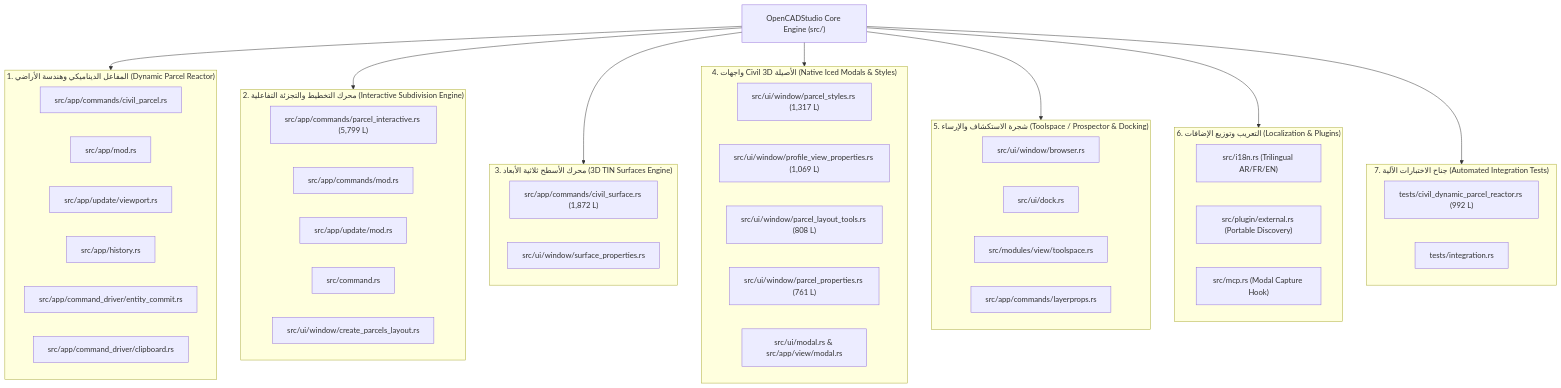
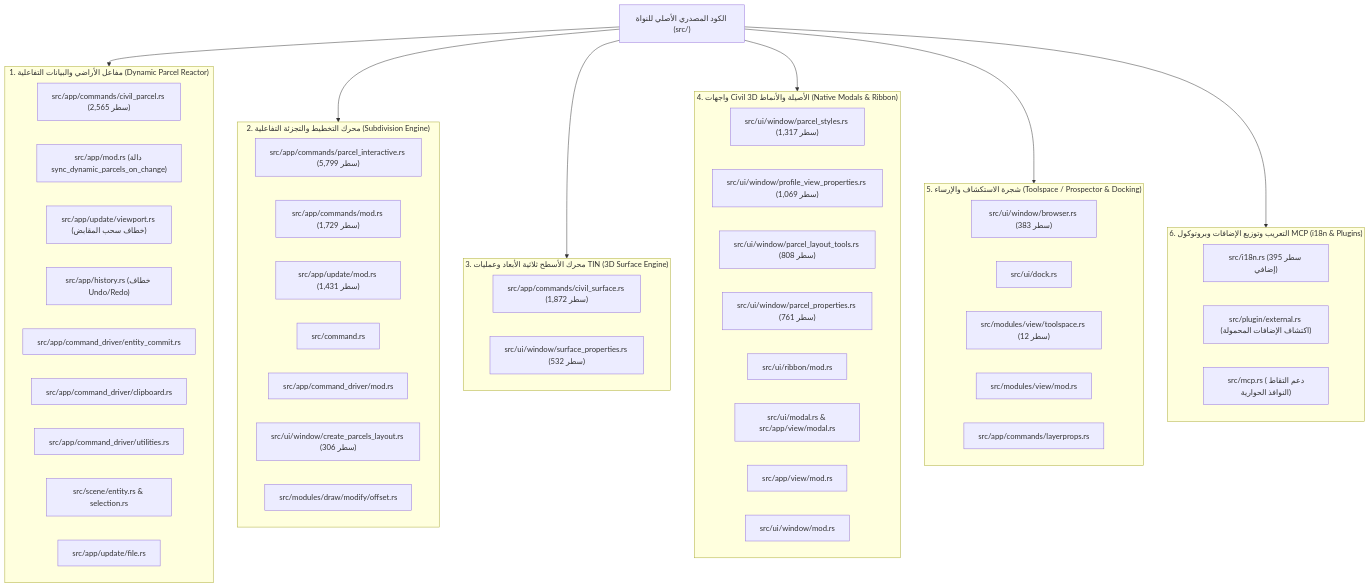
One commit to saadmooh/OpenCADStudio changed the diagram in Civil3D_Core_Modifications/CIVIL3D_CORE_MODIFICATIONS_UNIFIED.md. Above: the diagram before and after it, drawn with Mermaid. The commit also changed other lines of this file and 1 other file, not shown here.

Commit message:
docs(civil3d): focus core modifications documentation exclusively on source code src/ (36 files)

````diff
--- a/Civil3D_Core_Modifications/CIVIL3D_CORE_MODIFICATIONS_UNIFIED.md
+++ b/Civil3D_Core_Modifications/CIVIL3D_CORE_MODIFICATIONS_UNIFIED.md
@@ -73,60 +68,63 @@
 ```mermaid
 graph TD
-    Core["OpenCADStudio Core Engine (src/)"]
+    Src["الكود المصدري الأصلي للنواة (src/)"]
 
-    subgraph S1["1. المفاعل الديناميكي وهندسة الأراضي (Dynamic Parcel Reactor)"]
-        CP["src/app/commands/civil_parcel.rs"]
-        AM["src/app/mod.rs"]
-        VP["src/app/update/viewport.rs"]
-        HI["src/app/history.rs"]
+    subgraph S1["1. مفاعل الأراضي والبيانات التفاعلية (Dynamic Parcel Reactor)"]
+        CP["src/app/commands/civil_parcel.rs (2,565 سطر)"]
+        AM["src/app/mod.rs (دالة sync_dynamic_parcels_on_change)"]
+        VP["src/app/update/viewport.rs (خطاف سحب المقابض)"]
+        HI["src/app/history.rs (خطاف Undo/Redo)"]
         EC["src/app/command_driver/entity_commit.rs"]
         CB["src/app/command_driver/clipboard.rs"]
+        CU["src/app/command_driver/utilities.rs"]
+        SE["src/scene/entity.rs & selection.rs"]
+        UF["src/app/update/file.rs"]
     end
 
-    subgraph S2["2. محرك التخطيط والتجزئة التفاعلية (Interactive Subdivision Engine)"]
-        PI["src/app/commands/parcel_interactive.rs (5,799 L)"]
-        AC["src/app/commands/mod.rs"]
-        UM["src/app/update/mod.rs"]
+    subgraph S2["2. محرك التخطيط والتجزئة التفاعلية (Subdivision Engine)"]
+        PI["src/app/commands/parcel_interactive.rs (5,799 سطر)"]
+        ACM["src/app/commands/mod.rs (1,729 سطر)"]
+        UPM["src/app/update/mod.rs (1,431 سطر)"]
         CMD["src/command.rs"]
-        CPL["src/ui/window/create_parcels_layout.rs"]
+        CDM["src/app/command_driver/mod.rs"]
+        CPL["src/ui/window/create_parcels_layout.rs (306 سطر)"]
+        OFF["src/modules/draw/modify/offset.rs"]
     end
 
-    subgraph S3["3. محرك الأسطح ثلاثية الأبعاد (3D TIN Surfaces Engine)"]
-        CS["src/app/commands/civil_surface.rs (1,872 L)"]
-        SP["src/ui/window/surface_properties.rs"]
+    subgraph S3["3. محرك الأسطح ثلاثية الأبعاد وعمليات TIN (3D Surface Engine)"]
+        CS["src/app/commands/civil_surface.rs (1,872 سطر)"]
+        SP["src/ui/window/surface_properties.rs (532 سطر)"]
     end
 
-    subgraph S4["4. واجهات Civil 3D الأصيلة (Native Iced Modals & Styles)"]
-        PST["src/ui/window/parcel_styles.rs (1,317 L)"]
-        PVP["src/ui/window/profile_view_properties.rs (1,069 L)"]
-        PLT["src/ui/window/parcel_layout_tools.rs (808 L)"]
-        PP["src/ui/window/parcel_properties.rs (761 L)"]
-        MD["src/ui/modal.rs & src/app/view/modal.rs"]
+    subgraph S4["4. واجهات Civil 3D الأصيلة والأنماط (Native Modals & Ribbon)"]
+        PST["src/ui/window/parcel_styles.rs (1,317 سطر)"]
+        PVP["src/ui/window/profile_view_properties.rs (1,069 سطر)"]
+        PLT["src/ui/window/parcel_layout_tools.rs (808 سطر)"]
+        PP["src/ui/window/parcel_properties.rs (761 سطر)"]
+        URB["src/ui/ribbon/mod.rs"]
+        UMD["src/ui/modal.rs & src/app/view/modal.rs"]
+        AVM["src/app/view/mod.rs"]
+        UWM["src/ui/window/mod.rs"]
     end
 
     subgraph S5["5. شجرة الاستكشاف والإرساء (Toolspace / Prospector & Docking)"]
-        BR["src/ui/window/browser.rs"]
-        DK["src/ui/dock.rs"]
-        TS["src/modules/view/toolspace.rs"]
-        LP["src/app/commands/layerprops.rs"]
+        UBR["src/ui/window/browser.rs (383 سطر)"]
+        UDK["src/ui/dock.rs"]
+        MVT["src/modules/view/toolspace.rs (12 سطر)"]
+        MVM["src/modules/view/mod.rs"]
+        ALP["src/app/commands/layerprops.rs"]
     end
 
-    subgraph S6["6. التعريب وتوزيع الإضافات (Localization & Plugins)"]
-        I18N["src/i18n.rs (Trilingual AR/FR/EN)"]
-        PLG["src/plugin/external.rs (Portable Discovery)"]
-        MCP["src/mcp.rs (Modal Capture Hook)"]
+    subgraph S6["6. التعريب وتوزيع الإضافات وبروتوكول MCP (i18n & Plugins)"]
+        I18N["src/i18n.rs (395 سطر إضافي)"]
+        PLG["src/plugin/external.rs (اكتشاف الإضافات المحمولة)"]
+        MCP["src/mcp.rs (دعم التقاط النوافذ الحوارية)"]
     end
 
-    subgraph S7["7. جناح الاختبارات الآلية (Automated Integration Tests)"]
-        TST["tests/civil_dynamic_parcel_reactor.rs (992 L)"]
-        INT["tests/integration.rs"]
-    end
-
-    Core --> S1
-    Core --> S2
-    Core --> S3
-    Core --> S4
-    Core --> S5
-    Core --> S6
-    Core --> S7
+    Src --> S1
+    Src --> S2
+    Src --> S3
+    Src --> S4
+    Src --> S5
+    Src --> S6
 ```
````
